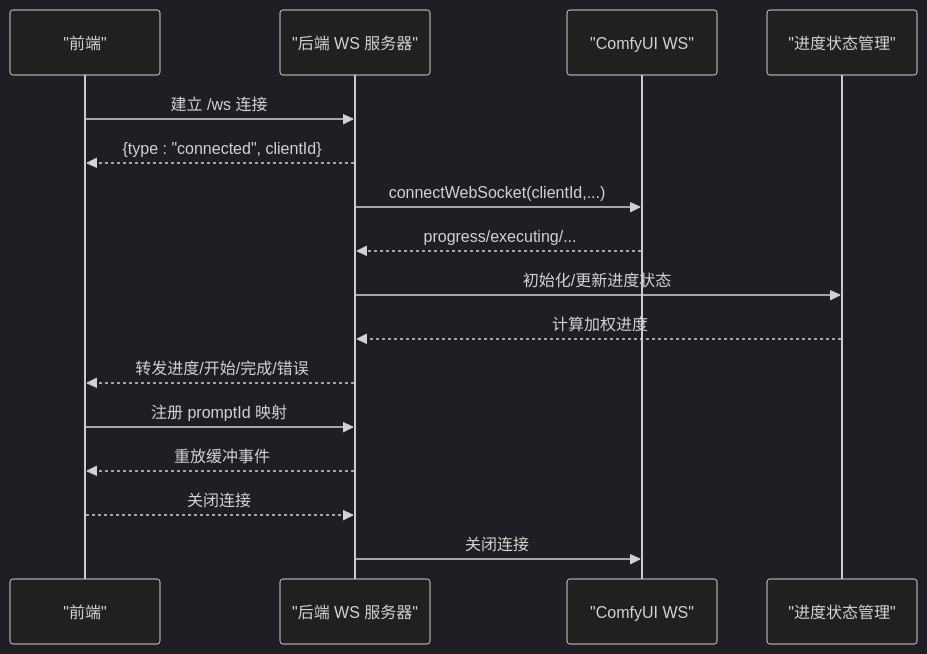
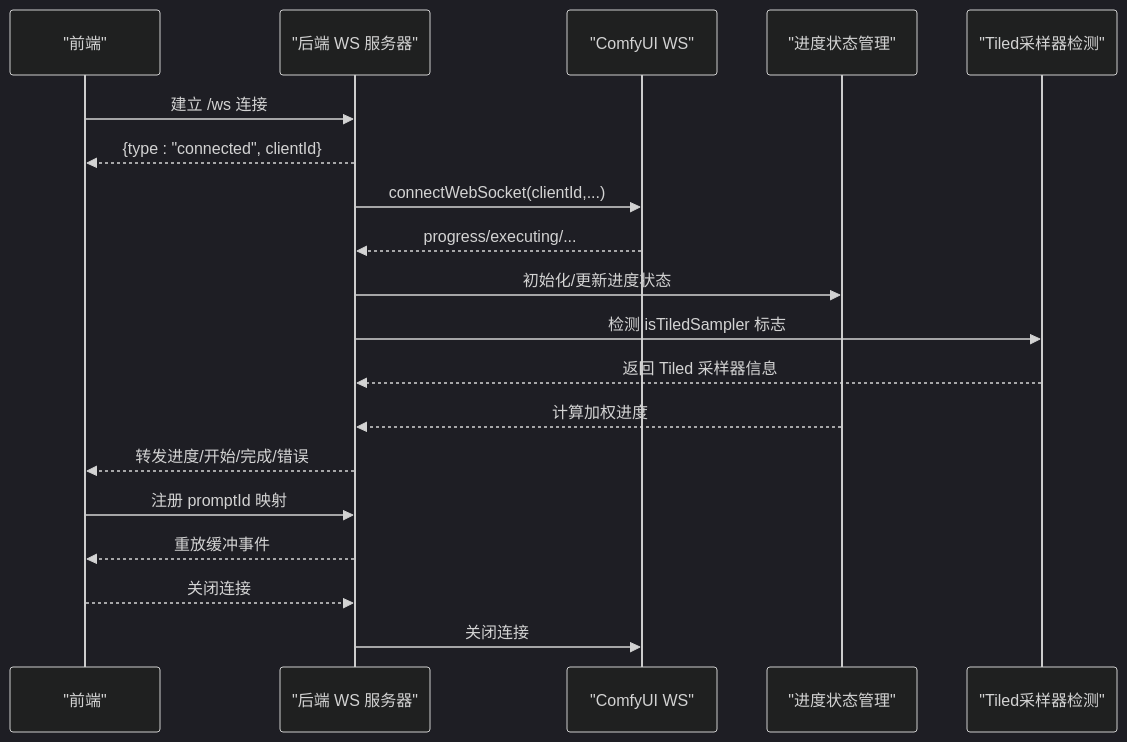
One commit to billye220670/CorineKit_Pix2Real changed the fourth of 6 diagrams in .qoder/repowiki/zh/content/后端服务/ComfyUI 集成.md. Above: the diagram before and after it, drawn with Mermaid (dark theme). The commit also changed other lines of this file and 73 other files, not shown here.

````diff
--- a/.qoder/repowiki/zh/content/后端服务/ComfyUI 集成.md
+++ b/.qoder/repowiki/zh/content/后端服务/ComfyUI 集成.md
@@ -236,18 +250,21 @@
 ```mermaid
 sequenceDiagram
 participant FE as "前端"
 participant WS as "后端 WS 服务器"
 participant CW as "ComfyUI WS"
 participant PS as "进度状态管理"
+participant TS as "Tiled采样器检测"
 FE->>WS : 建立 /ws 连接
 WS-->>FE : {type : "connected", clientId}
 WS->>CW : connectWebSocket(clientId,...)
 CW-->>WS : progress/executing/...
 WS->>PS : 初始化/更新进度状态
+WS->>TS : 检测 isTiledSampler 标志
+TS-->>WS : 返回 Tiled 采样器信息
 PS-->>WS : 计算加权进度
 WS-->>FE : 转发进度/开始/完成/错误
 FE->>WS : 注册 promptId 映射
 WS-->>FE : 重放缓冲事件
 FE-->>WS : 关闭连接
 WS->>CW : 关闭连接
 ```
````
